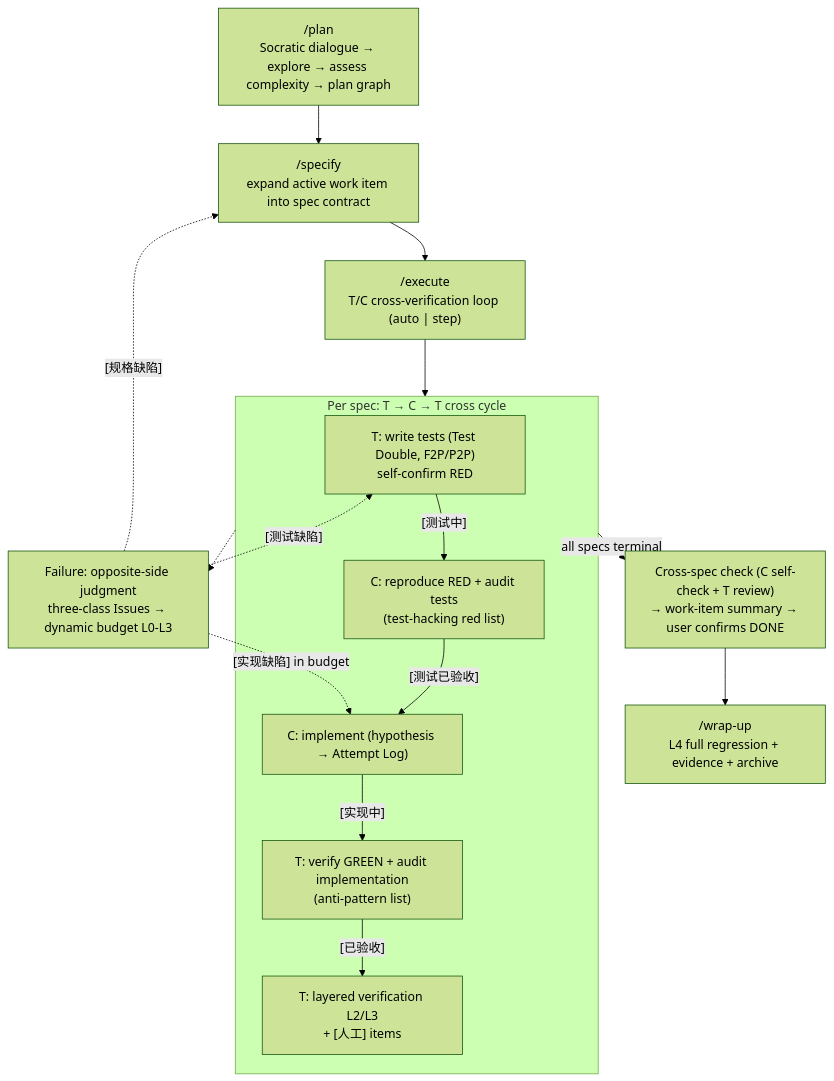
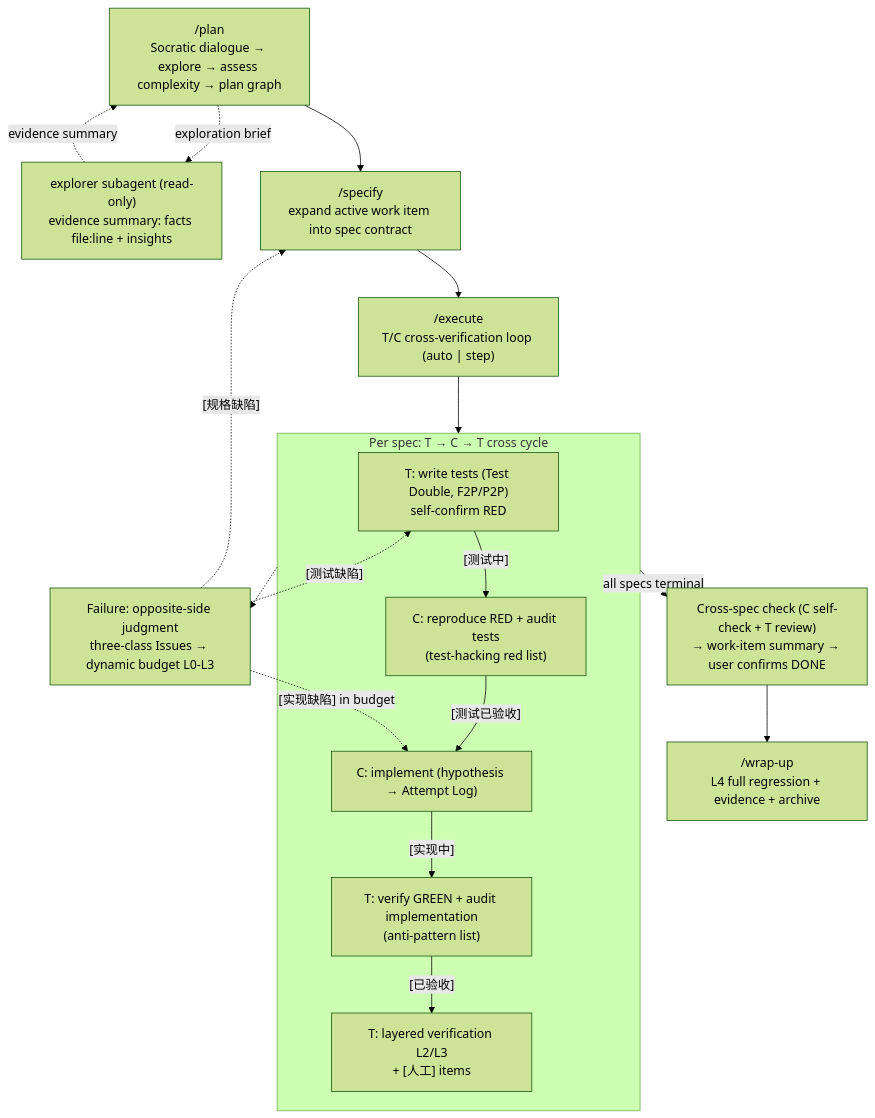
Before and after one commit to theLittleStone/SpecForge: the diagram in README.md, drawn with Mermaid (forest theme). The commit also changed other lines of this file and 3 other files, not shown here.

First line of the commit message:
feat: add read-only explorer subagent for planning-phase code exploration

````diff
--- a/README.md
+++ b/README.md
@@ -36,26 +36,29 @@
 ```mermaid
 flowchart TD
     PLAN["/plan<br/>Socratic dialogue → explore → assess complexity → plan graph"]
+    EXPL["explorer subagent (read-only)<br/>evidence summary: facts file:line + insights"]
+    PLAN -. "exploration brief" .-> EXPL
+    EXPL -. "evidence summary" .-> PLAN
     PLAN --> SPEC["/specify<br/>expand active work item into spec contract"]
 
     SPEC --> EXEC["/execute<br/>T/C cross-verification loop (auto | step)"]
 
     subgraph LOOP["Per spec: T → C → T cross cycle"]
         T1["T: write tests (Test Double, F2P/P2P)<br/>self-confirm RED"]
         T1 -->|"[测试中]"| C1["C: reproduce RED + audit tests<br/>(test-hacking red list)"]
         C1 -->|"[测试已验收]"| C2["C: implement (hypothesis → Attempt Log)"]
         C2 -->|"[实现中]"| T2["T: verify GREEN + audit implementation<br/>(anti-pattern list)"]
         T2 -->|"[已验收]"| L["T: layered verification L2/L3<br/>+ [人工] items"]
     end
 
     EXEC --> LOOP
     LOOP -->|"all specs terminal"| DONE["Cross-spec check (C self-check + T review)<br/>→ work-item summary → user confirms DONE"]
 
     DONE --> REPORT["/wrap-up<br/>L4 full regression + evidence + archive"]
 
     FAIL["Failure: opposite-side judgment<br/>three-class Issues → dynamic budget L0-L3"]
     LOOP -.-> FAIL
     FAIL -.->|"[实现缺陷] in budget"| C2
     FAIL -.->|"[测试缺陷]"| T1
     FAIL -.->|"[规格缺陷]"| SPEC
 ```
````
